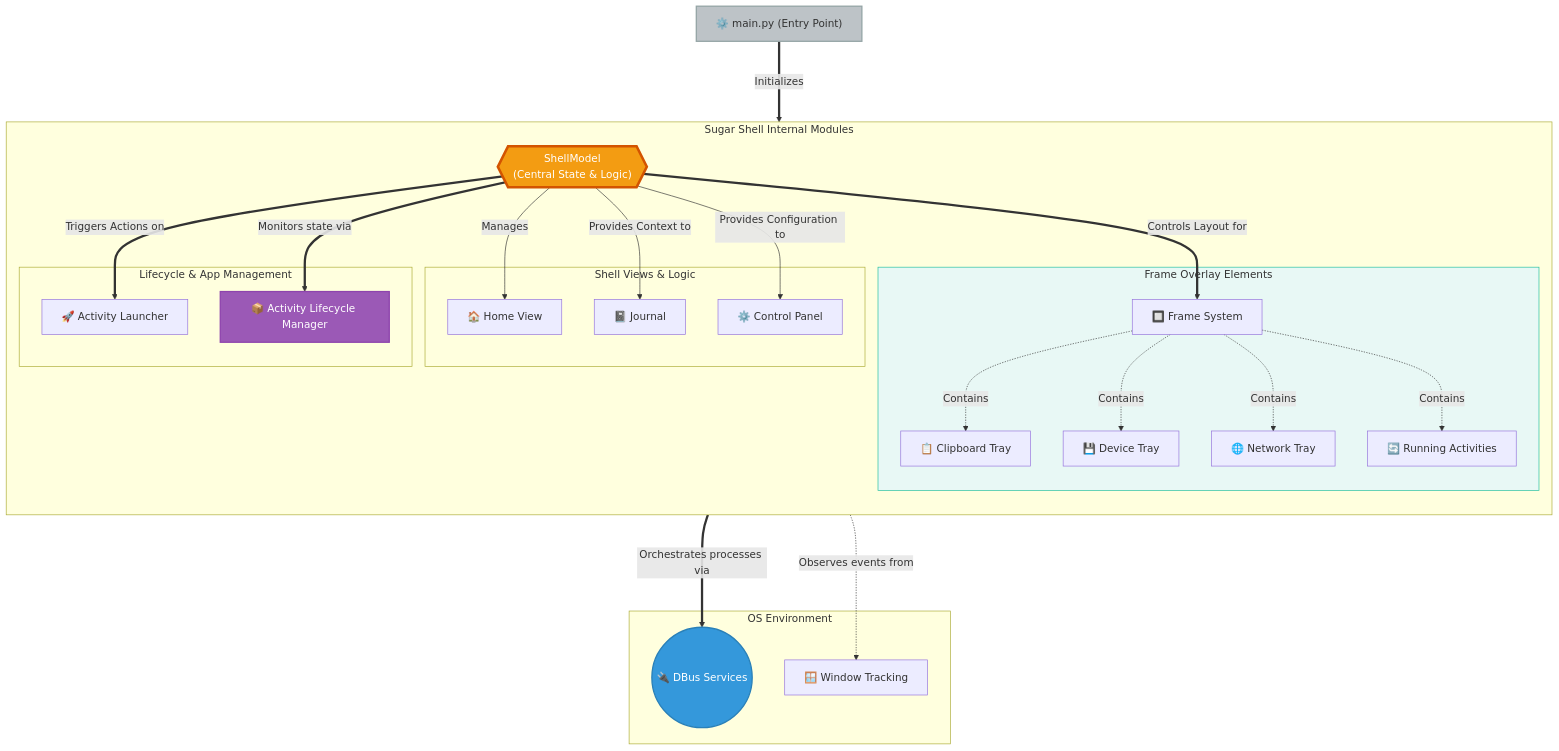
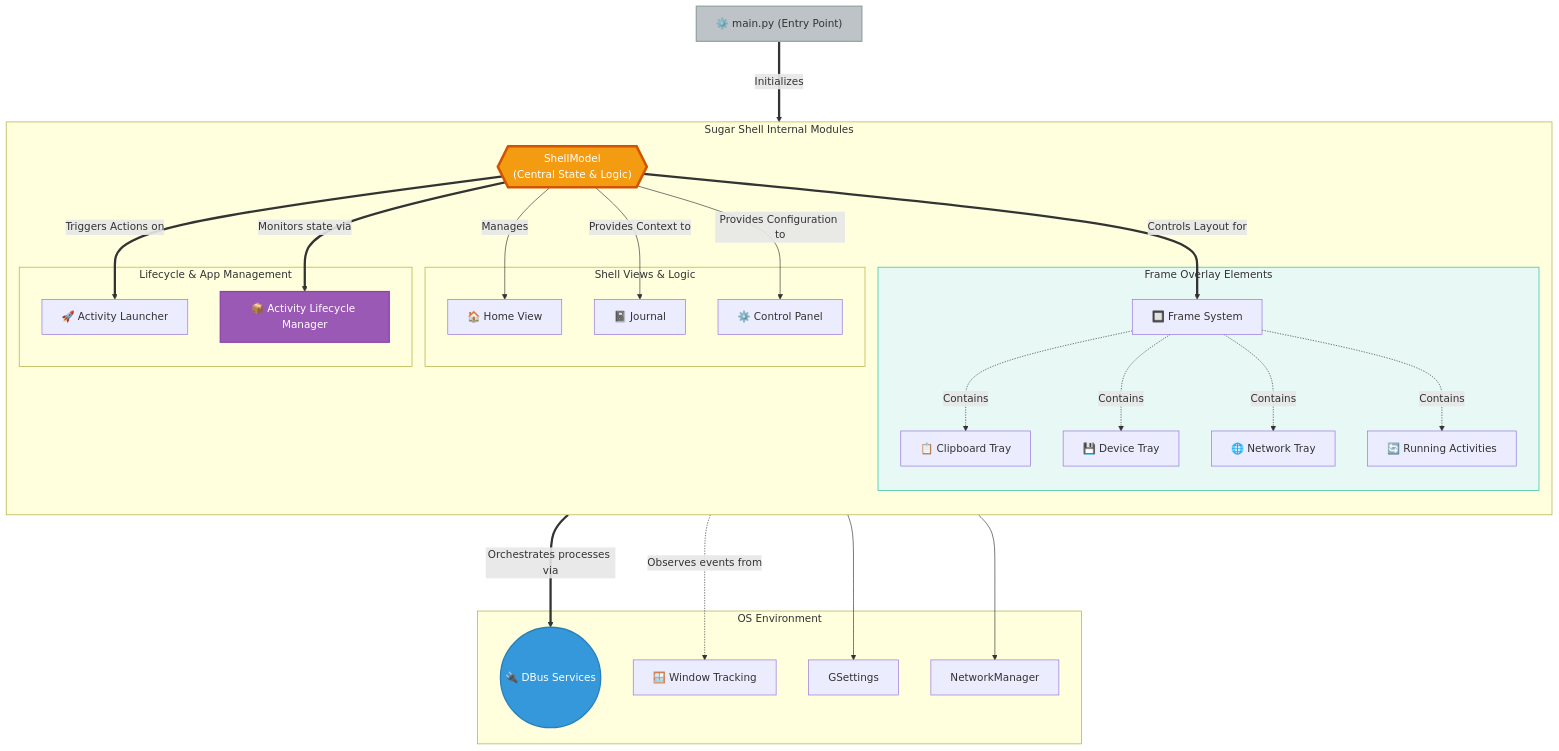
The fourth of 7 diagrams in proposal.md (Dev10-sys/sugar-proposal-gtk), drawn with Mermaid before and after one commit. The commit also changed other lines of this file, not shown here.

Commit message:
Enhance proposal content, structure, and diagrams per feedback

````diff
--- a/proposal.md
+++ b/proposal.md
@@ -235,69 +237,73 @@
 ```mermaid
 flowchart TD
     %% Base Level
     Main["⚙️ main.py (Entry Point)"]
 
     %% Core Components
     subgraph Core ["Sugar Shell Internal Modules"]
         direction TB
         ShellModel{{"ShellModel\n(Central State & Logic)"}}
 
         %% Views Section
         subgraph Views ["Shell Views & Logic"]
             Home["🏠 Home View"]
             Journal["📓 Journal"]
             ControlPanel["⚙️ Control Panel"]
         end
 
         %% Frame Section
         subgraph FrameSystem ["Frame Overlay Elements"]
             Frame["🔲 Frame System"]
             Clipboard["📋 Clipboard Tray"]
             Devices["💾 Device Tray"]
             Friends["🌐 Network Tray"]
             ActivitiesTray["🔄 Running Activities"]
         end
 
         %% Management Section
         subgraph Mngmt ["Lifecycle & App Management"]
             Launcher["🚀 Activity Launcher"]
             ActivityManager["📦 Activity Lifecycle Manager"]
         end
     end
 
     %% External Systems via DBus
     subgraph Env ["OS Environment"]
         DBus(("🔌 DBus Services"))
         WindowManager["🪟 Window Tracking"]
+        GSettings["GSettings"]
+        NetworkManager["NetworkManager"]
     end
 
     %% Core routing
     Main ===>|Initializes| ShellModel
 
     %% Model tracking to views
     ShellModel -->|Manages| Home
     ShellModel -->|Provides Context to| Journal
     ShellModel -->|Provides Configuration to| ControlPanel
     ShellModel ==>|Controls Layout for| Frame
 
     %% Routing inside the frame
     Frame -.->|Contains| Clipboard
     Frame -.->|Contains| Devices
     Frame -.->|Contains| Friends
     Frame -.->|Contains| ActivitiesTray
 
     %% Lifecycle Logic
     ShellModel ==>|Triggers Actions on| Launcher
     ShellModel ==>|Monitors state via| ActivityManager
 
     %% Interaction with Operating System
     ActivityManager ===>|Orchestrates processes via| DBus
     ActivityManager -.->|Observes events from| WindowManager
+    ShellModel --> GSettings
+    ShellModel --> NetworkManager
 
     %% Styling
     style Main fill:#bdc3c7,stroke:#95a5a6,stroke-width:2px
     style ShellModel fill:#f39c12,stroke:#d35400,stroke-width:4px,color:#fff
     style DBus fill:#3498db,stroke:#2980b9,stroke-width:2px,color:#fff
     style ActivityManager fill:#9b59b6,stroke:#8e44ad,stroke-width:2px,color:#fff
     style FrameSystem fill:#e8f8f5,stroke:#1abc9c,stroke-width:1px
 ```
````
